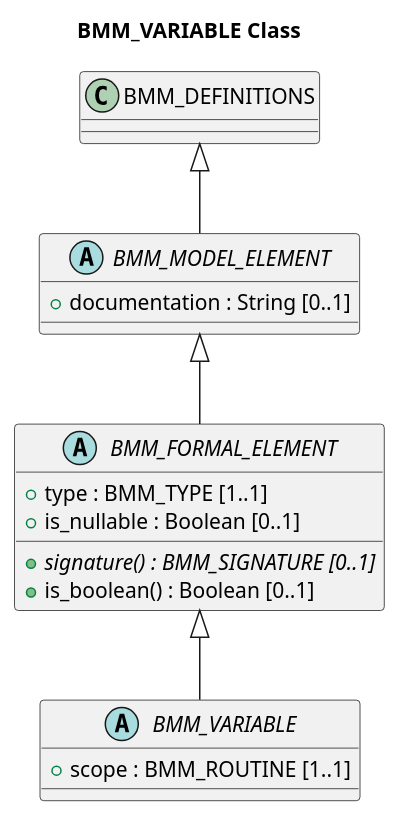
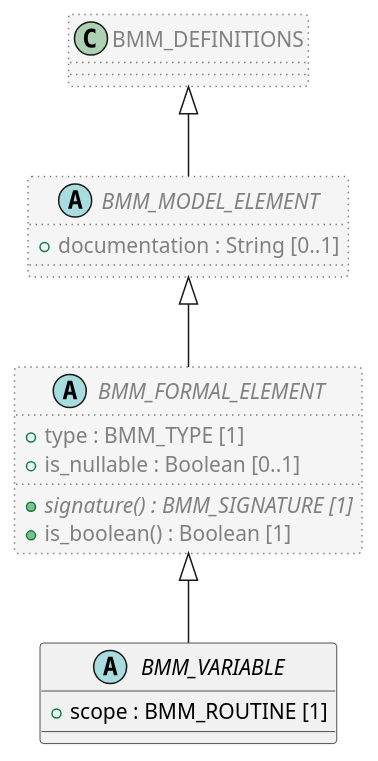
One commit to sebastian-iancu/code-generator changed the diagram in code/PlantUML/openehr_lang_1.1.0/org/openehr/lang/bmm/core/feature/BMM_VARIABLE.puml. Above: the diagram before and after it, drawn with PlantUML. The commit also changed 1618 other files, not shown here.

```diff
--- a/code/PlantUML/openehr_lang_1.1.0/org/openehr/lang/bmm/core/feature/BMM_VARIABLE.puml
+++ b/code/PlantUML/openehr_lang_1.1.0/org/openehr/lang/bmm/core/feature/BMM_VARIABLE.puml
@@ -1,30 +1,28 @@
 @startuml
-' PlantUML diagram for org.openehr.lang.bmm.core.feature.BMM_VARIABLE
-title BMM_VARIABLE Class
 
 abstract class BMM_VARIABLE {
-  + scope : BMM_ROUTINE [1..1]
+  + scope : BMM_ROUTINE [1]
 }
 
-abstract class BMM_FORMAL_ELEMENT {
-  + type : BMM_TYPE [1..1]
+abstract class BMM_FORMAL_ELEMENT  #whitesmoke;line:gray;line.dotted;text:gray {
+  + type : BMM_TYPE [1]
   + is_nullable : Boolean [0..1]
-  + {abstract} signature() : BMM_SIGNATURE [0..1]
-  + is_boolean() : Boolean [0..1]
+  + {abstract} signature() : BMM_SIGNATURE [1]
+  + is_boolean() : Boolean [1]
 }
 
-abstract class BMM_MODEL_ELEMENT {
+abstract class BMM_MODEL_ELEMENT  #whitesmoke;line:gray;line.dotted;text:gray {
   + documentation : String [0..1]
 }
 
-class BMM_DEFINITIONS {
+class BMM_DEFINITIONS  #whitesmoke;line:gray;line.dotted;text:gray {
 }
 
 BMM_DEFINITIONS <|-- BMM_MODEL_ELEMENT
 
 BMM_MODEL_ELEMENT <|-- BMM_FORMAL_ELEMENT
 
 BMM_FORMAL_ELEMENT <|-- BMM_VARIABLE
 
 
 @enduml
```
